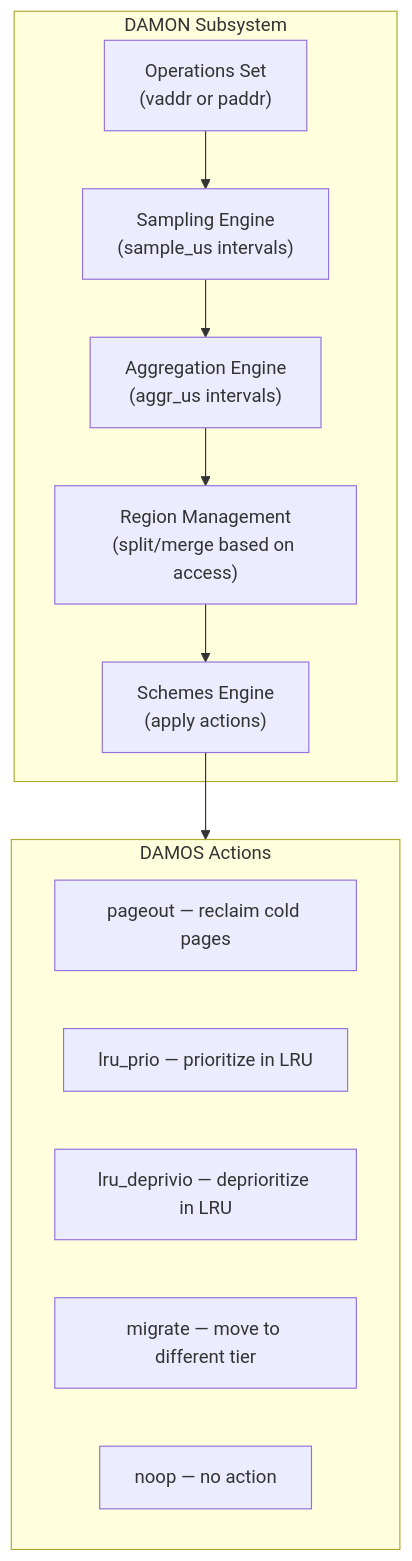
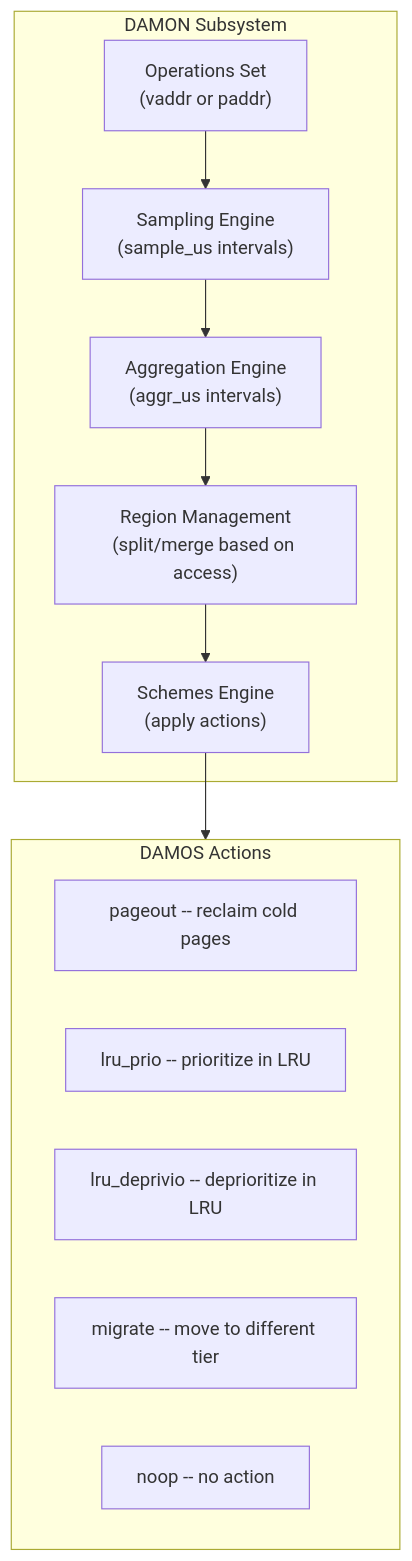
One commit to Abhinav-Kumar012/lb2 changed the second of 5 diagrams in src/kernel/memory/idle-page-tracking.md. Above: the diagram before and after it, drawn with Mermaid. The commit also changed other lines of this file and 211 other files, not shown here.

First line of the commit message:
fix: mermaid syntax issues across 212 files

````diff
--- a/src/kernel/memory/idle-page-tracking.md
+++ b/src/kernel/memory/idle-page-tracking.md
@@ -280,24 +280,24 @@
 ```mermaid
 flowchart TD
     subgraph DAMON["DAMON Subsystem"]
-        OPS["Operations Set<br/>(vaddr or paddr)"]
-        SAMPLE["Sampling Engine<br/>(sample_us intervals)"]
-        AGG["Aggregation Engine<br/>(aggr_us intervals)"]
-        REGIONS["Region Management<br/>(split/merge based on access)"]
-        SCHEMES["Schemes Engine<br/>(apply actions)"]
+        OPS["Operations Set<br>(vaddr or paddr)"]
+        SAMPLE["Sampling Engine<br>(sample_us intervals)"]
+        AGG["Aggregation Engine<br>(aggr_us intervals)"]
+        REGIONS["Region Management<br>(split/merge based on access)"]
+        SCHEMES["Schemes Engine<br>(apply actions)"]
     end
 
     subgraph Actions["DAMOS Actions"]
-        PAGEOUT["pageout — reclaim cold pages"]
-        LRUPRIO["lru_prio — prioritize in LRU"]
-        LRUDPRIV["lru_deprivio — deprioritize in LRU"]
-        MIGRATE["migrate — move to different tier"]
-        NOOP["noop — no action"]
+        PAGEOUT["pageout -- reclaim cold pages"]
+        LRUPRIO["lru_prio -- prioritize in LRU"]
+        LRUDPRIV["lru_deprivio -- deprioritize in LRU"]
+        MIGRATE["migrate -- move to different tier"]
+        NOOP["noop -- no action"]
     end
 
     OPS --> SAMPLE
     SAMPLE --> AGG
     AGG --> REGIONS
     REGIONS --> SCHEMES
     SCHEMES --> Actions
 ```
````
